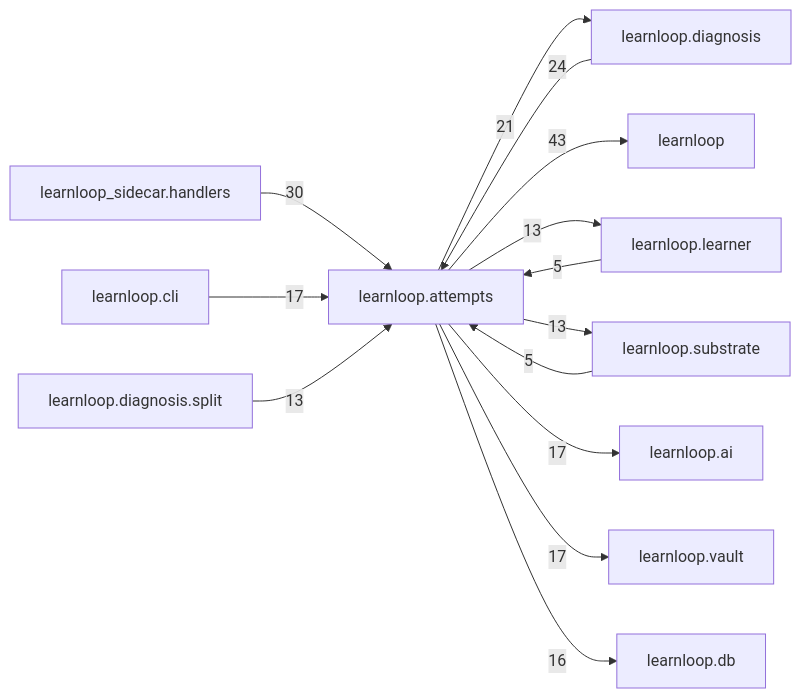
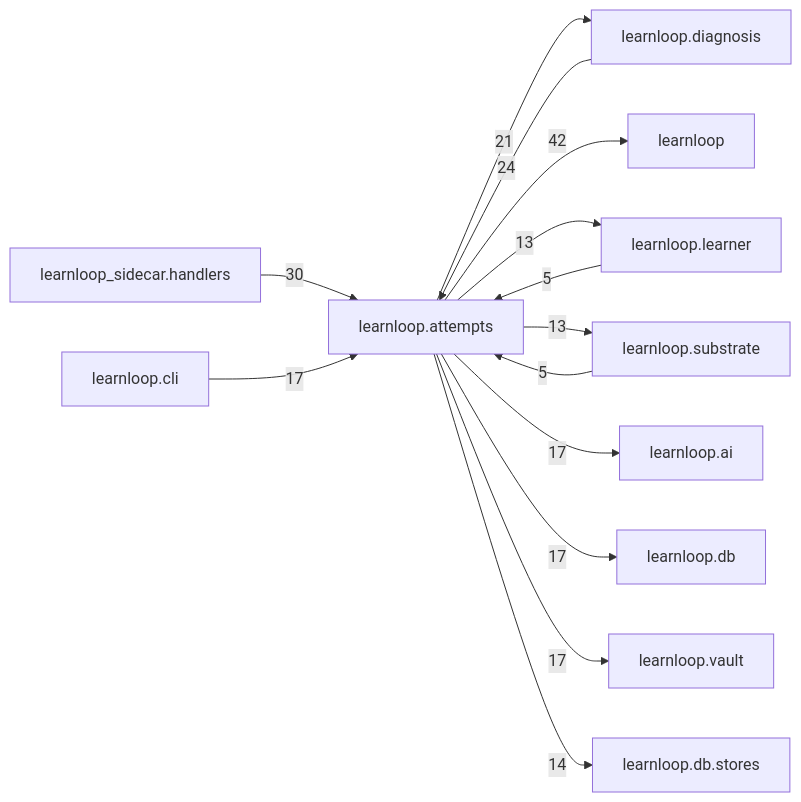
The diagram in docs/learnloop-architecture-vault/Reference/Modules/learnloop/attempts/_package.md (6up-b/learnanything), drawn with Mermaid before and after one commit. The commit also changed other lines of this file and 258 other files, not shown here.

````diff
--- a/docs/learnloop-architecture-vault/Reference/Modules/learnloop/attempts/_package.md
+++ b/docs/learnloop-architecture-vault/Reference/Modules/learnloop/attempts/_package.md
@@ -168,27 +168,27 @@
 ```mermaid
 flowchart LR
     center["learnloop.attempts"]
     n_learnloop_diagnosis["learnloop.diagnosis"]
     n_learnloop["learnloop"]
     n_learnloop_sidecar_handlers["learnloop_sidecar.handlers"]
     n_learnloop_learner["learnloop.learner"]
     n_learnloop_substrate["learnloop.substrate"]
     n_learnloop_ai["learnloop.ai"]
     n_learnloop_cli["learnloop.cli"]
+    n_learnloop_db["learnloop.db"]
     n_learnloop_vault["learnloop.vault"]
-    n_learnloop_db["learnloop.db"]
-    n_learnloop_diagnosis_split["learnloop.diagnosis.split"]
+    n_learnloop_db_stores["learnloop.db.stores"]
     n_learnloop_diagnosis -->|24| center
     center -->|21| n_learnloop_diagnosis
-    center -->|43| n_learnloop
+    center -->|42| n_learnloop
     n_learnloop_sidecar_handlers -->|30| center
     n_learnloop_learner -->|5| center
     center -->|13| n_learnloop_learner
     n_learnloop_substrate -->|5| center
     center -->|13| n_learnloop_substrate
     center -->|17| n_learnloop_ai
     n_learnloop_cli -->|17| center
+    center -->|17| n_learnloop_db
     center -->|17| n_learnloop_vault
-    center -->|16| n_learnloop_db
-    n_learnloop_diagnosis_split -->|13| center
+    center -->|14| n_learnloop_db_stores
 ```
````
